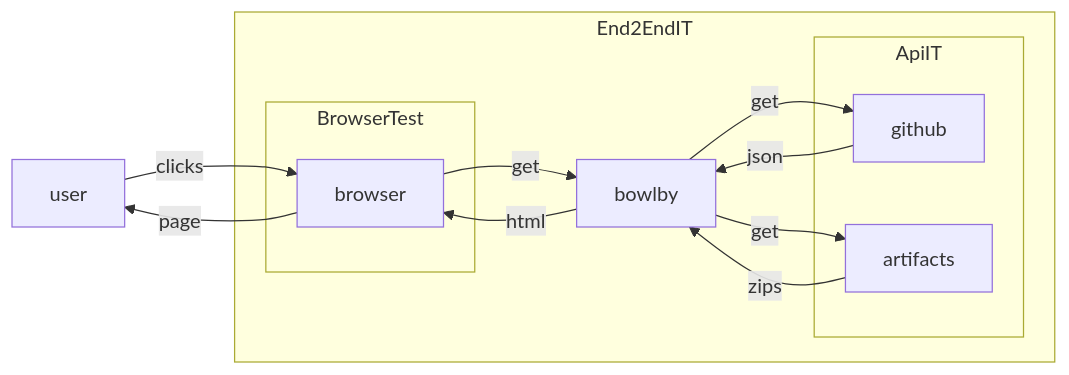
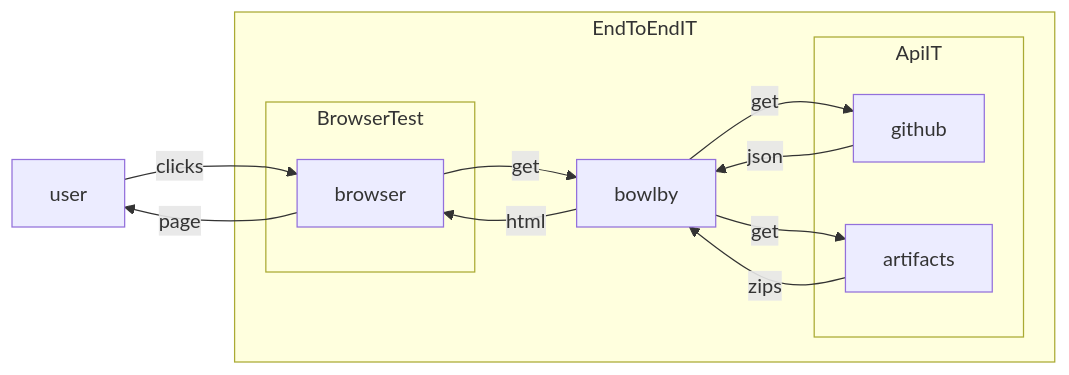
The diagram in test/integration/README.md (therealryan/bowlby), drawn with Mermaid before and after one commit.

````diff
--- a/test/integration/README.md
+++ b/test/integration/README.md
@@ -7,29 +7,29 @@
 ```mermaid
 flowchart LR
   user --clicks--> browser
   browser --page--> user
   browser --get--> bowlby
   bowlby --html--> browser
   bowlby --get--> github
   github --json--> bowlby
   bowlby --get--> artifacts
   artifacts --zips--> bowlby
 
   subgraph BrowserTest
   browser
   end
 
   subgraph ApiIT
   github
   artifacts
   end
 
-  subgraph End2EndIT
+  subgraph EndToEndIT
   browser
   bowlby
   github
   artifacts
   BrowserTest
   ApiIT
   end
 ```
````
